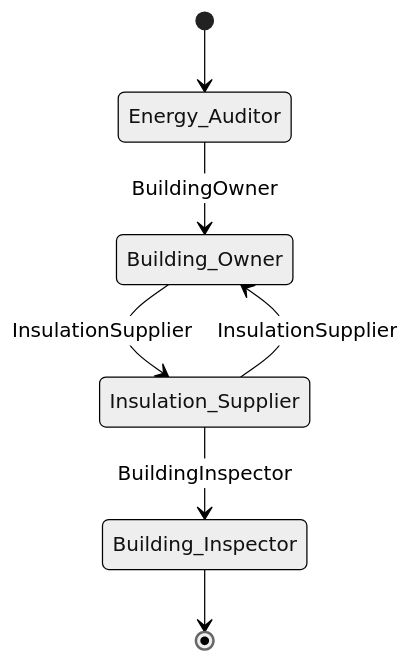
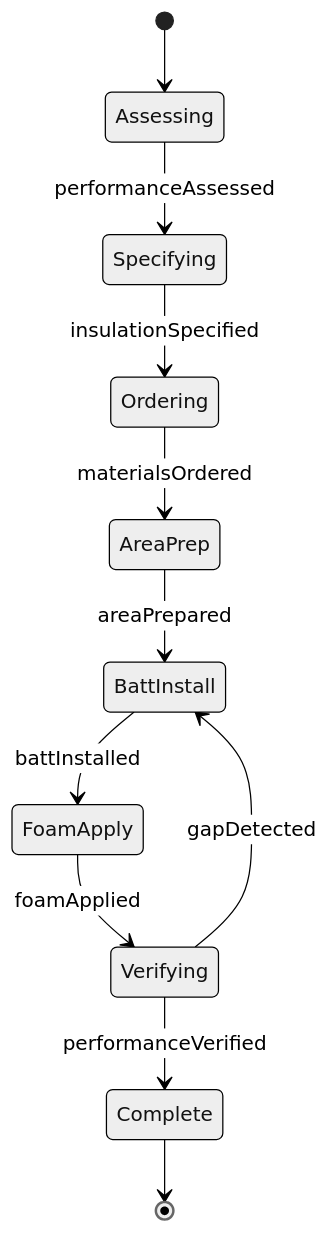
The second of 4 diagrams in HandlingAndMovingObjects/BuildStructures/InstallInsulationEquipmentStructures.mdx (dot-org-ai/tasks.org.ai), drawn with Mermaid (neutral theme) before and after one commit. The commit also changed other lines of this file and 515 other files, not shown here.

````diff
--- a/HandlingAndMovingObjects/BuildStructures/InstallInsulationEquipmentStructures.mdx
+++ b/HandlingAndMovingObjects/BuildStructures/InstallInsulationEquipmentStructures.mdx
@@ -99,9 +99,13 @@
 ```mermaid
 stateDiagram-v2
-    [*] --> Energy_Auditor
-    Energy_Auditor --> Building_Owner: BuildingOwner
-    Building_Owner --> Insulation_Supplier: InsulationSupplier
-    Insulation_Supplier --> Building_Inspector: BuildingInspector
-    Insulation_Supplier --> Building_Owner: InsulationSupplier
-    Building_Inspector --> [*]
+    [*] --> Assessing
+    Assessing --> Specifying : performanceAssessed
+    Specifying --> Ordering : insulationSpecified
+    Ordering --> AreaPrep : materialsOrdered
+    AreaPrep --> BattInstall : areaPrepared
+    BattInstall --> FoamApply : battInstalled
+    FoamApply --> Verifying : foamApplied
+    Verifying --> Complete : performanceVerified
+    Verifying --> BattInstall : gapDetected
+    Complete --> [*]
 ```
````
